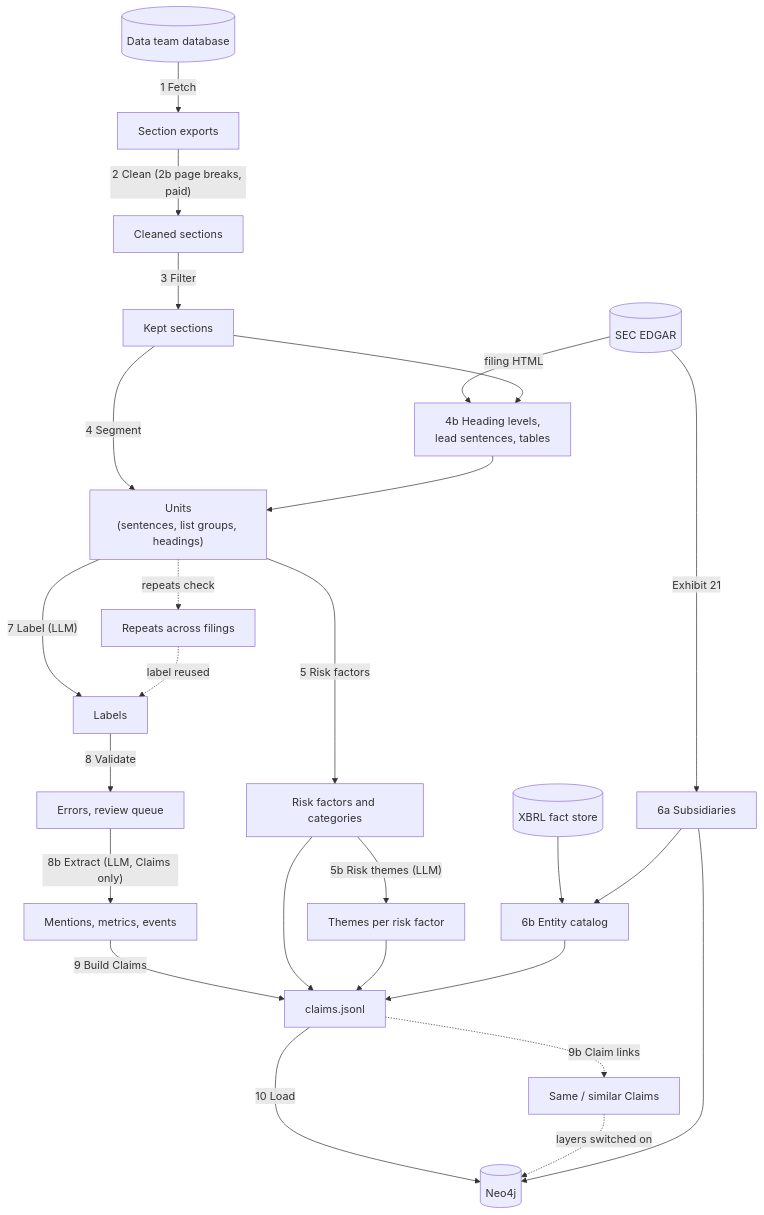
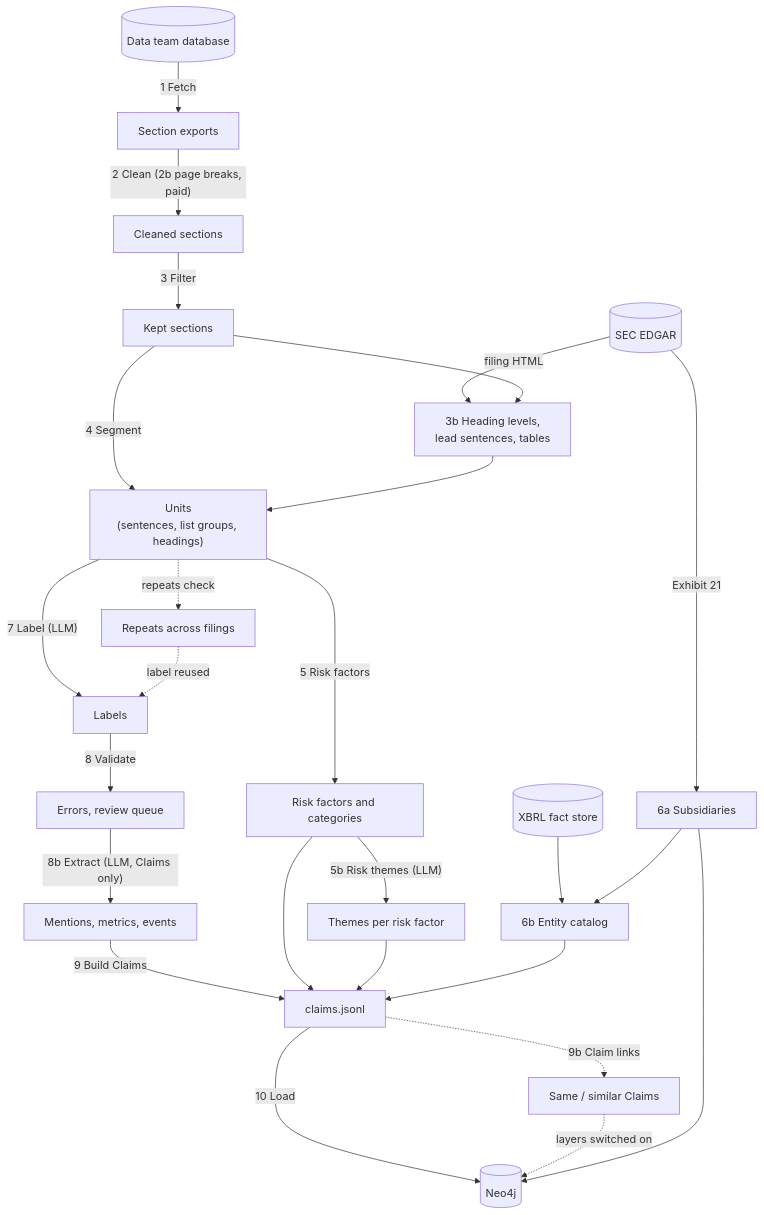
One commit to ZiyiClaudiaWang/KPMG-GraphRAG changed the third of 8 diagrams in extraction_pipeline/README.md. Above: the diagram before and after it, drawn with Mermaid. The commit also changed other lines of this file and 30 other files, not shown here.

````diff
--- a/extraction_pipeline/README.md
+++ b/extraction_pipeline/README.md
@@ -74,28 +92,28 @@
 ```mermaid
 flowchart TD
     DB[("Data team database")] -->|"1 Fetch"| SEC["Section exports"]
     SEC -->|"2 Clean (2b page breaks, paid)"| CLN["Cleaned sections"]
     CLN -->|"3 Filter"| KEPT["Kept sections"]
-    EDGAR[("SEC EDGAR")] -->|"filing HTML"| HL["4b Heading levels,<br/>lead sentences, tables"]
+    EDGAR[("SEC EDGAR")] -->|"filing HTML"| HL["3b Heading levels,<br/>lead sentences, tables"]
     KEPT --> HL
     KEPT -->|"4 Segment"| UNITS["Units<br/>(sentences, list groups, headings)"]
     HL --> UNITS
     UNITS -->|"5 Risk factors"| RF["Risk factors and categories"]
     RF -->|"5b Risk themes (LLM)"| RT["Themes per risk factor"]
     EDGAR -->|"Exhibit 21"| SUB["6a Subsidiaries"]
     FACTS[("XBRL fact store")] --> CAT["6b Entity catalog"]
     SUB --> CAT
     UNITS -.->|"repeats check"| REP["Repeats across filings"]
     UNITS -->|"7 Label (LLM)"| LAB["Labels"]
     REP -.->|"label reused"| LAB
     LAB -->|"8 Validate"| VAL["Errors, review queue"]
     VAL -->|"8b Extract (LLM, Claims only)"| EXT["Mentions, metrics, events"]
     EXT -->|"9 Build Claims"| CLM["claims.jsonl"]
     RF --> CLM
     RT --> CLM
     CAT --> CLM
     CLM -.->|"9b Claim links"| LNK["Same / similar Claims"]
     CLM -->|"10 Load"| NEO[("Neo4j")]
     LNK -.->|"layers switched on"| NEO
     SUB --> NEO
 ```
````
